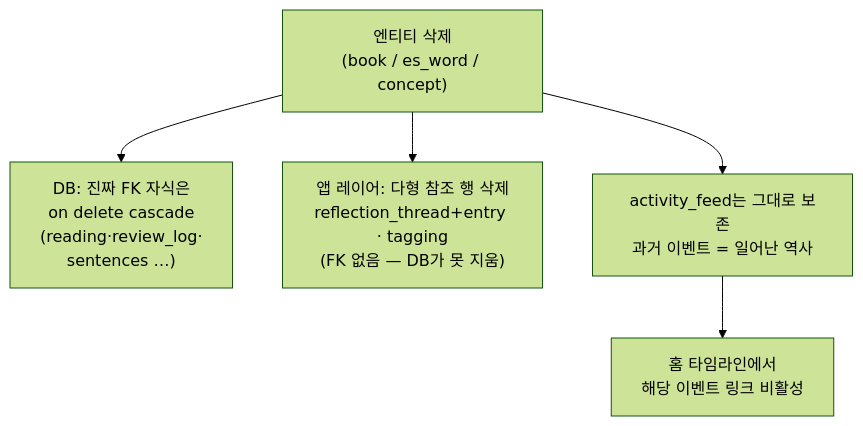
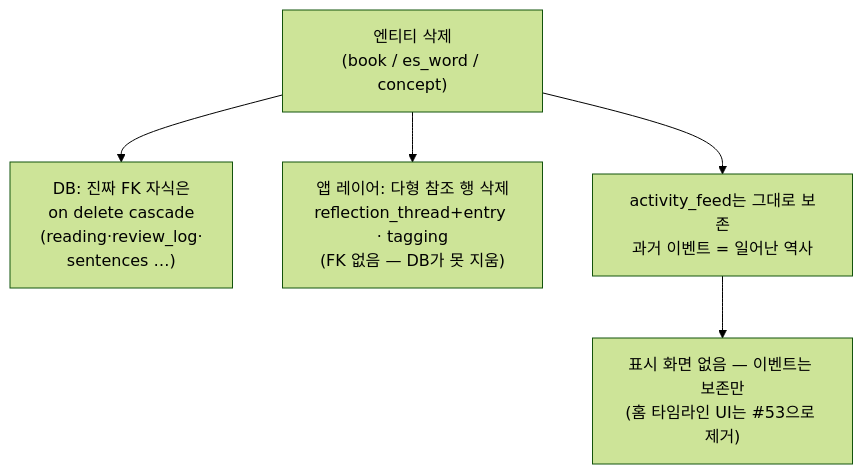
The seventh of 7 diagrams in docs/14-flows.md (LeeSongHeon-LSH/LSHobby), drawn with Mermaid (forest theme) before and after one commit. The commit also changed other lines of this file and 17 other files, not shown here.

````diff
--- a/docs/14-flows.md
+++ b/docs/14-flows.md
@@ -112,7 +117,7 @@
 ```mermaid
 flowchart TD
     A["엔티티 삭제<br/>(book / es_word / concept)"] --> B["DB: 진짜 FK 자식은<br/>on delete cascade<br/>(reading·review_log·<br/>sentences …)"]
     A --> C["앱 레이어: 다형 참조 행 삭제<br/>reflection_thread+entry · tagging<br/>(FK 없음 — DB가 못 지움)"]
     A --> D["activity_feed는 그대로 보존<br/>과거 이벤트 = 일어난 역사"]
-    D --> E["홈 타임라인에서<br/>해당 이벤트 링크 비활성"]
+    D --> E["표시 화면 없음 — 이벤트는 보존만<br/>(홈 타임라인 UI는 #53으로 제거)"]
 ```
````
